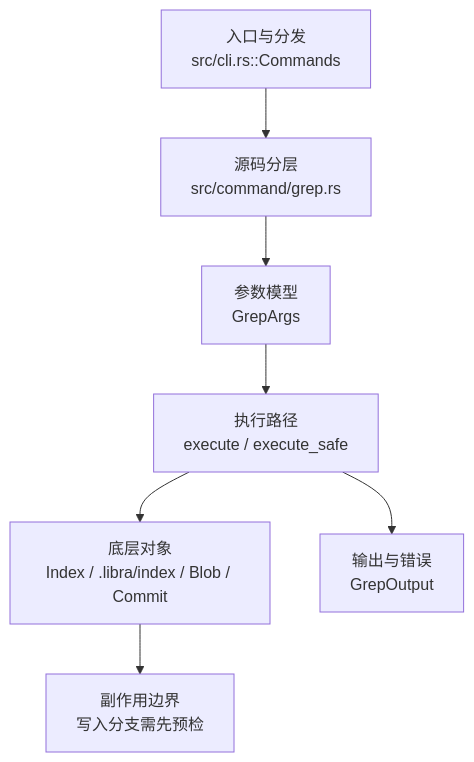
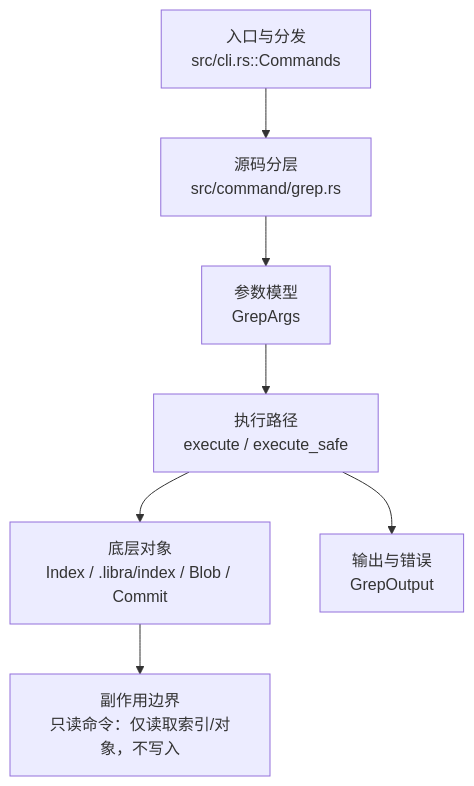
The diagram in docs/development/commands/grep.md (web3infra-foundation/libra), drawn with Mermaid before and after one commit. The commit also changed other lines of this file and 65 other files, not shown here.

````diff
--- a/docs/development/commands/grep.md
+++ b/docs/development/commands/grep.md
@@ -22,9 +22,9 @@
 ```mermaid
 flowchart TD
     A["入口与分发<br/>src/cli.rs::Commands"] --> B["源码分层<br/>src/command/grep.rs"]
     B --> C["参数模型<br/>GrepArgs"]
     C --> D["执行路径<br/>execute / execute_safe"]
     D --> E["底层对象<br/>Index / .libra/index / Blob / Commit"]
     D --> F["输出与错误<br/>GrepOutput"]
-    E --> G["副作用边界<br/>写入分支需先预检"]
+    E --> G["副作用边界<br/>只读命令：仅读取索引/对象，不写入"]
 ```
````
